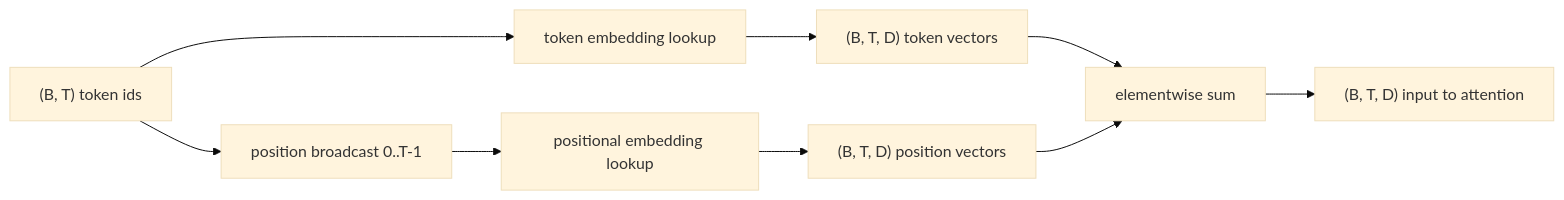
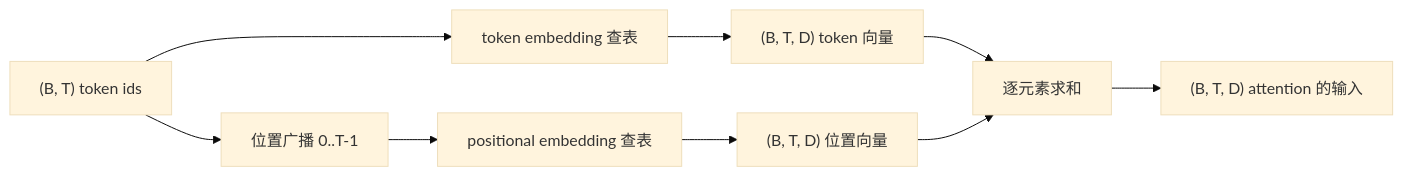
Before and after one commit to alessandrodinisio-ai/ai-engineering-learning-framework: the first of 2 diagrams in phases/19-capstone-projects/32-token-positional-embeddings/docs/zh.md, drawn with Mermaid (base theme). The commit also changed other lines of this file and 120 other files, not shown here.

First line of the commit message:
i18n(mermaid): 337 个 mermaid 图表标签中文化

````diff
--- a/phases/19-capstone-projects/32-token-positional-embeddings/docs/zh.md
+++ b/phases/19-capstone-projects/32-token-positional-embeddings/docs/zh.md
@@ -34,11 +34,11 @@
 ```mermaid
 flowchart LR
-    A["(B, T) token ids"] --> B[token embedding lookup]
-    B --> C["(B, T, D) token vectors"]
-    A --> D[position broadcast 0..T-1]
-    D --> E[positional embedding lookup]
-    E --> F["(B, T, D) position vectors"]
-    C --> G[elementwise sum]
+    A["(B, T) token ids"] --> B[token embedding 查表]
+    B --> C["(B, T, D) token 向量"]
+    A --> D[位置广播 0..T-1]
+    D --> E[positional embedding 查表]
+    E --> F["(B, T, D) 位置向量"]
+    C --> G[逐元素求和]
     F --> G
-    G --> H["(B, T, D) input to attention"]
+    G --> H["(B, T, D) attention 的输入"]
 ```
````
